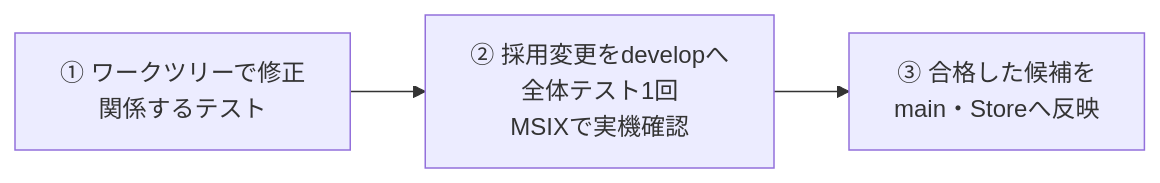
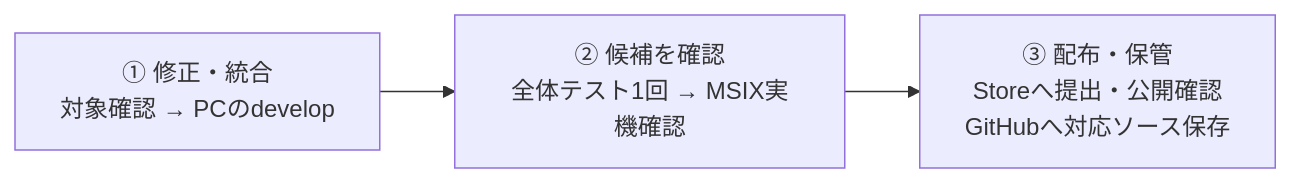
One commit to ore-no-fusen/ore-no-fusen changed the diagram in docs/010_RELEASE.md. Above: the diagram before and after it, drawn with Mermaid. The commit also changed other lines of this file and 3 other files, not shown here.

Commit message:
docs: PC中心の役割と図表でリリース手順を整理

````diff
--- a/docs/010_RELEASE.md
+++ b/docs/010_RELEASE.md
@@ -7,4 +28,4 @@
 ```mermaid
 flowchart LR
- A["① ワークツリーで修正<br/>関係するテスト"] --> B["② 採用変更をdevelopへ<br/>全体テスト1回<br/>MSIXで実機確認"] --> C["③ 合格した候補を<br/>main・Storeへ反映"]
+ A["① 修正・統合<br/>対象確認 → PCのdevelop"] --> B["② 候補を確認<br/>全体テスト1回 → MSIX実機確認"] --> C["③ 配布・保管<br/>Storeへ提出・公開確認<br/>GitHubへ対応ソース保存"]
 ```
````
